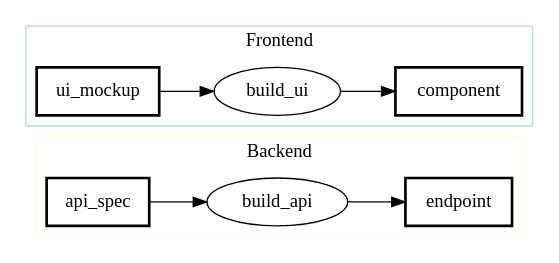
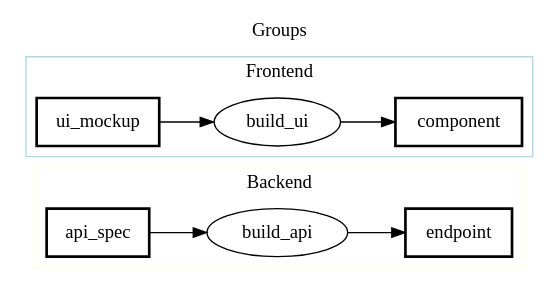
The seventh of 9 diagrams in docs/samples/README.md (takasek/pfdsl), drawn with Graphviz before and after one commit. The commit also changed other lines of this file and 27 other files, not shown here.

````diff
--- a/docs/samples/README.md
+++ b/docs/samples/README.md
@@ -258,26 +292,28 @@
 ```dot
 digraph PFDSL {
   rankdir=LR;
   newrank=true;
+  label="Groups";
+  labelloc="t";
 
   subgraph cluster_backend {
     label="Backend";
     color="lightyellow";
     "api_spec" [shape=box, label="api_spec", penwidth="2"];
     "build_api" [shape=ellipse, label="build_api"];
     "endpoint" [shape=box, label="endpoint", penwidth="2"];
   }
   subgraph cluster_frontend {
     label="Frontend";
     color="lightblue";
     "build_ui" [shape=ellipse, label="build_ui"];
     "component" [shape=box, label="component", penwidth="2"];
     "ui_mockup" [shape=box, label="ui_mockup", penwidth="2"];
   }
 
   "api_spec" -> "build_api";
   "build_api" -> "endpoint";
   "ui_mockup" -> "build_ui";
   "build_ui" -> "component";
 }
 ```
````
